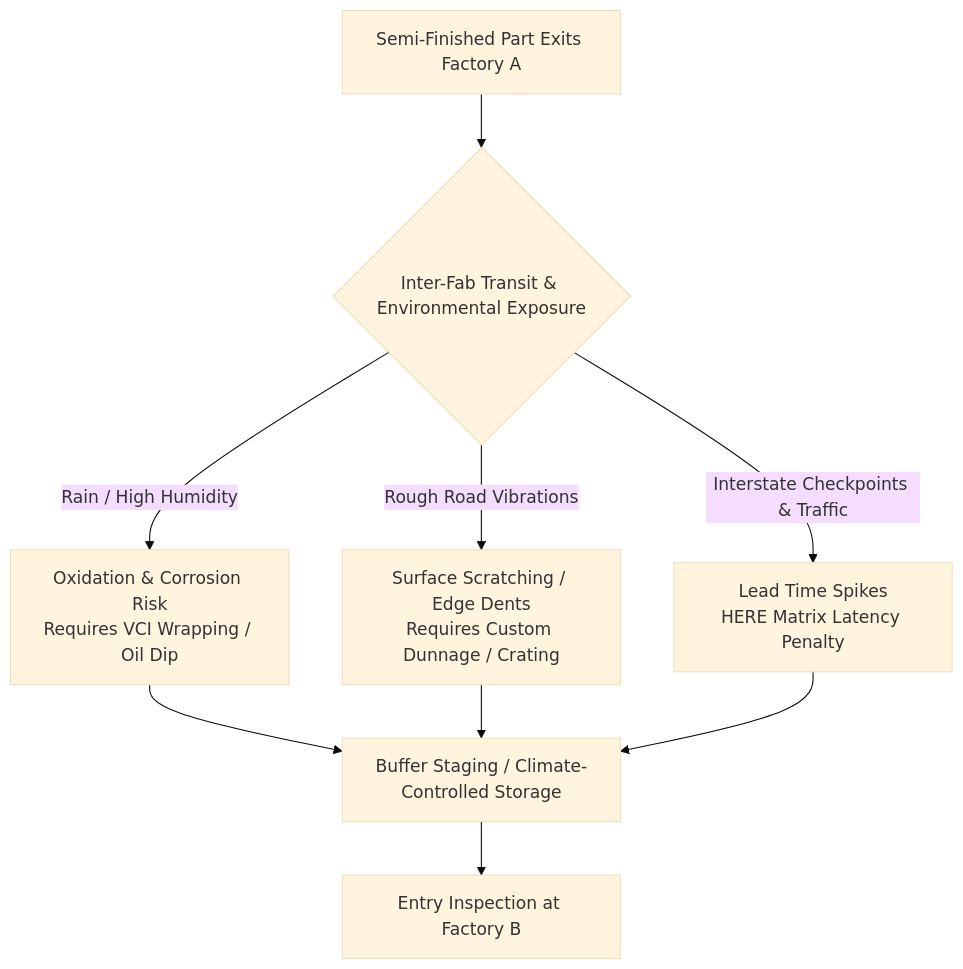
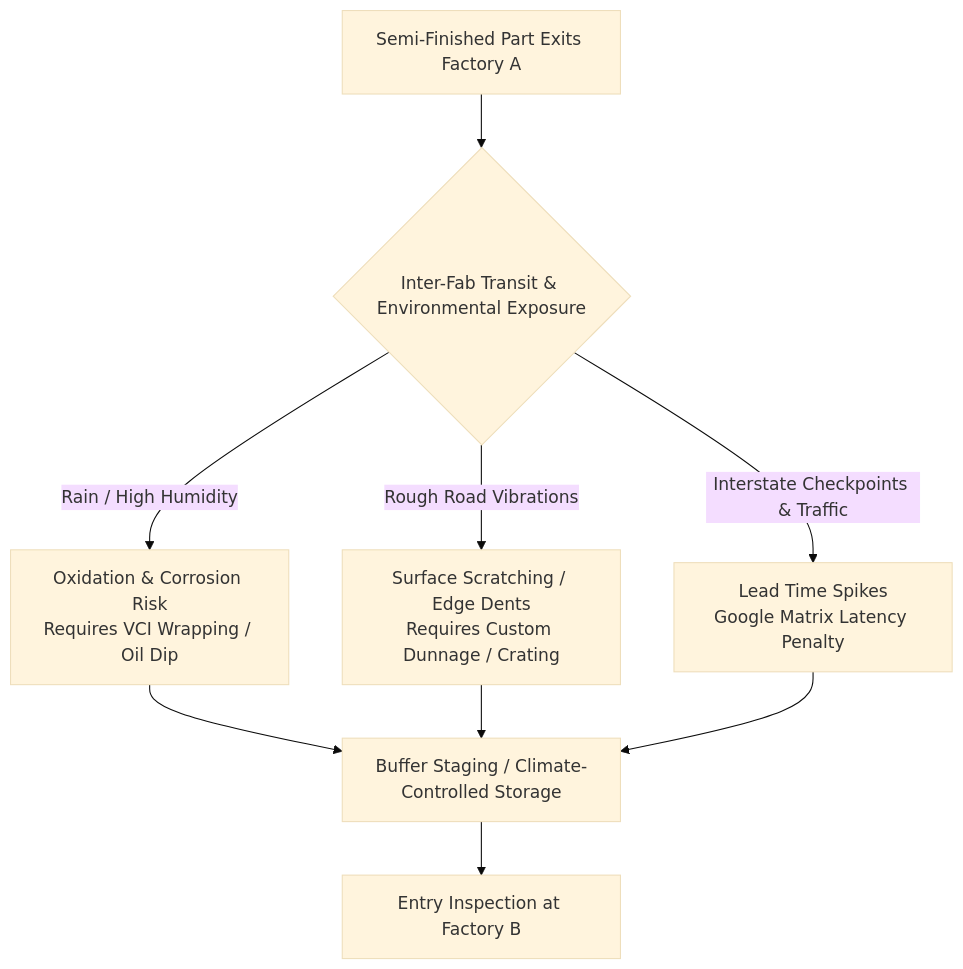
The second of 3 diagrams in docs/DFN_MULTI_STAGE_PROCESS_ROUTING.md (npc-chris/dfn-discovery), drawn with Mermaid (base theme) before and after one commit. The commit also changed other lines of this file and 6 other files, not shown here.

````diff
--- a/docs/DFN_MULTI_STAGE_PROCESS_ROUTING.md
+++ b/docs/DFN_MULTI_STAGE_PROCESS_ROUTING.md
@@ -80,14 +80,14 @@
 ```mermaid
 flowchart TD
     WIP_Start["Semi-Finished Part Exits Factory A"] --> TransitRisk{"Inter-Fab Transit & Environmental Exposure"}
     
     TransitRisk -->|"Rain / High Humidity"| OxidationRisk["Oxidation & Corrosion Risk<br/>Requires VCI Wrapping / Oil Dip"]
     TransitRisk -->|"Rough Road Vibrations"| MechanicalDamage["Surface Scratching / Edge Dents<br/>Requires Custom Dunnage / Crating"]
-    TransitRisk -->|"Interstate Checkpoints & Traffic"| TransitDelay["Lead Time Spikes<br/>HERE Matrix Latency Penalty"]
+    TransitRisk -->|"Interstate Checkpoints & Traffic"| TransitDelay["Lead Time Spikes<br/>Google Matrix Latency Penalty"]
 
     OxidationRisk --> IntermediateStorage["Buffer Staging / Climate-Controlled Storage"]
     MechanicalDamage --> IntermediateStorage
     TransitDelay --> IntermediateStorage
 
     IntermediateStorage --> NextStage["Entry Inspection at Factory B"]
 ```
````
